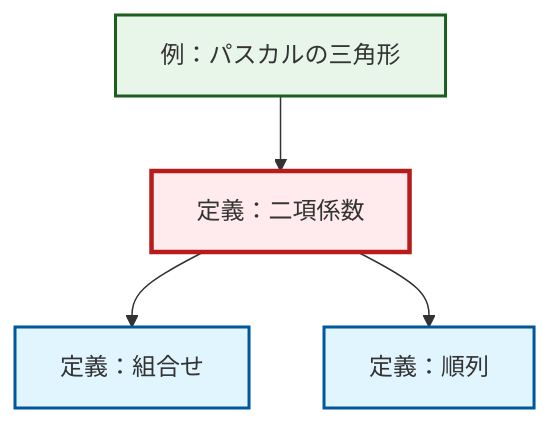
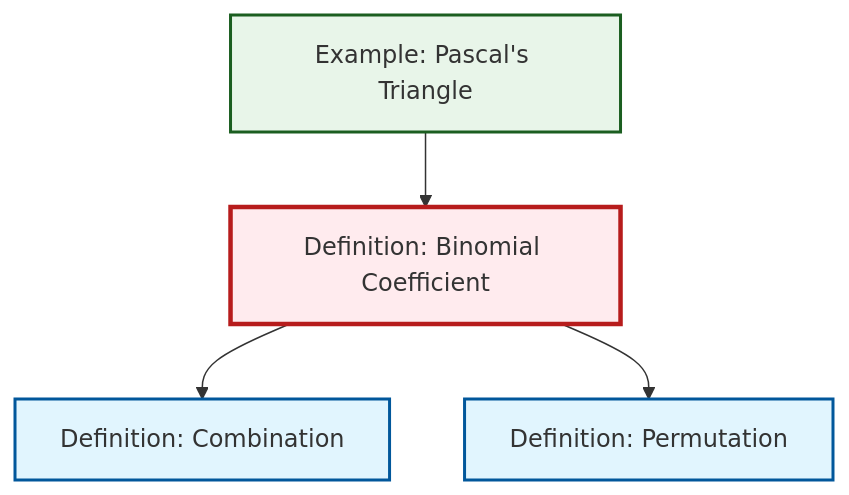
The diagram in content/ja/combinatorics/def-binomial-coefficient.qmd (RK0429/ModernMath), drawn with Mermaid before and after one commit. The commit also changed 203 other files, not shown here.

````diff
--- a/content/ja/combinatorics/def-binomial-coefficient.qmd
+++ b/content/ja/combinatorics/def-binomial-coefficient.qmd
@@ -64,21 +64,17 @@
 ```{mermaid}
-%%| fig-cap: "ローカル依存グラフ"
+%%| fig-cap: "Local dependency graph"
 graph TD
     classDef definition fill:#e1f5fe,stroke:#01579b,stroke-width:2px
     classDef theorem fill:#f3e5f5,stroke:#4a148c,stroke-width:2px
     classDef axiom fill:#fff3e0,stroke:#e65100,stroke-width:2px
     classDef example fill:#e8f5e9,stroke:#1b5e20,stroke-width:2px
     classDef current fill:#ffebee,stroke:#b71c1c,stroke-width:3px
-    def-combination["定義：組合せ"]:::definition
-    def-binomial-coefficient["定義：二項係数"]:::definition
-    ex-pascals-triangle["例：パスカルの三角形"]:::example
-    def-permutation["定義：順列"]:::definition
-    ex-pascals-triangle --> def-binomial-coefficient
+    ex-pascals-triangle["Example: Pascal's Triangle"]:::example
+    def-permutation["Definition: Permutation"]:::definition
+    def-binomial-coefficient["Definition: Binomial Coefficient"]:::definition
+    def-combination["Definition: Combination"]:::definition
     def-binomial-coefficient --> def-combination
     def-binomial-coefficient --> def-permutation
+    ex-pascals-triangle --> def-binomial-coefficient
     class def-binomial-coefficient current
-
-    click def-combination "def-combination.html" "Go to 定義：組合せ"
-    click ex-pascals-triangle "ex-pascals-triangle.html" "Go to 例：パスカルの三角形"
-    click def-permutation "def-permutation.html" "Go to 定義：順列"
 ```
````
